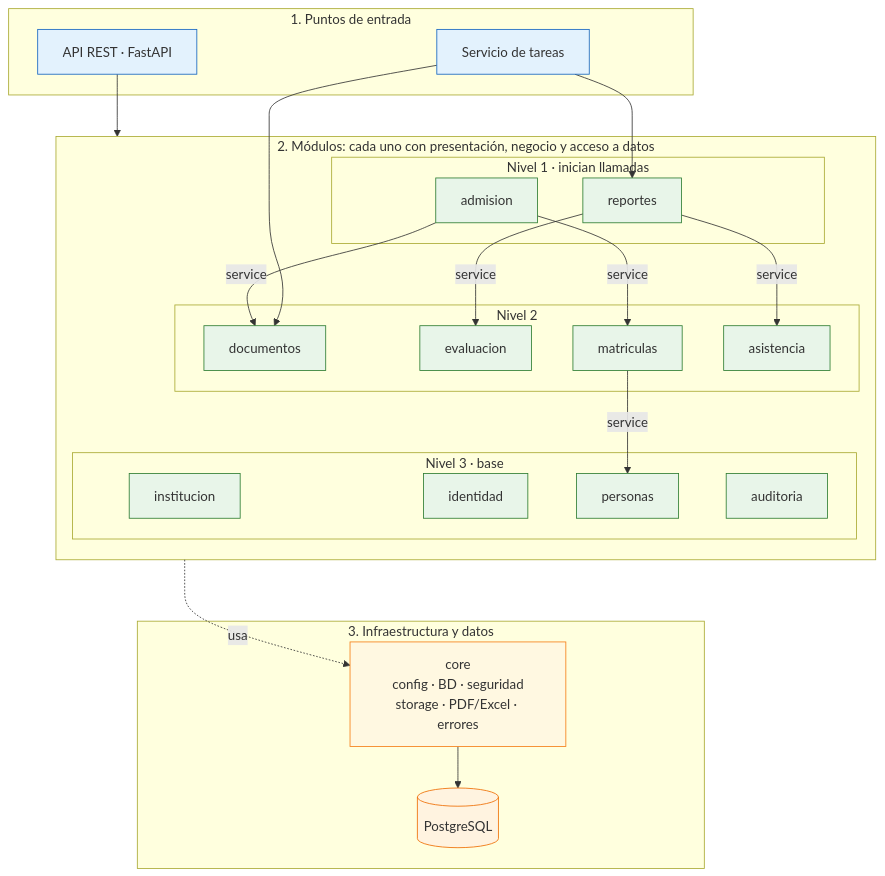
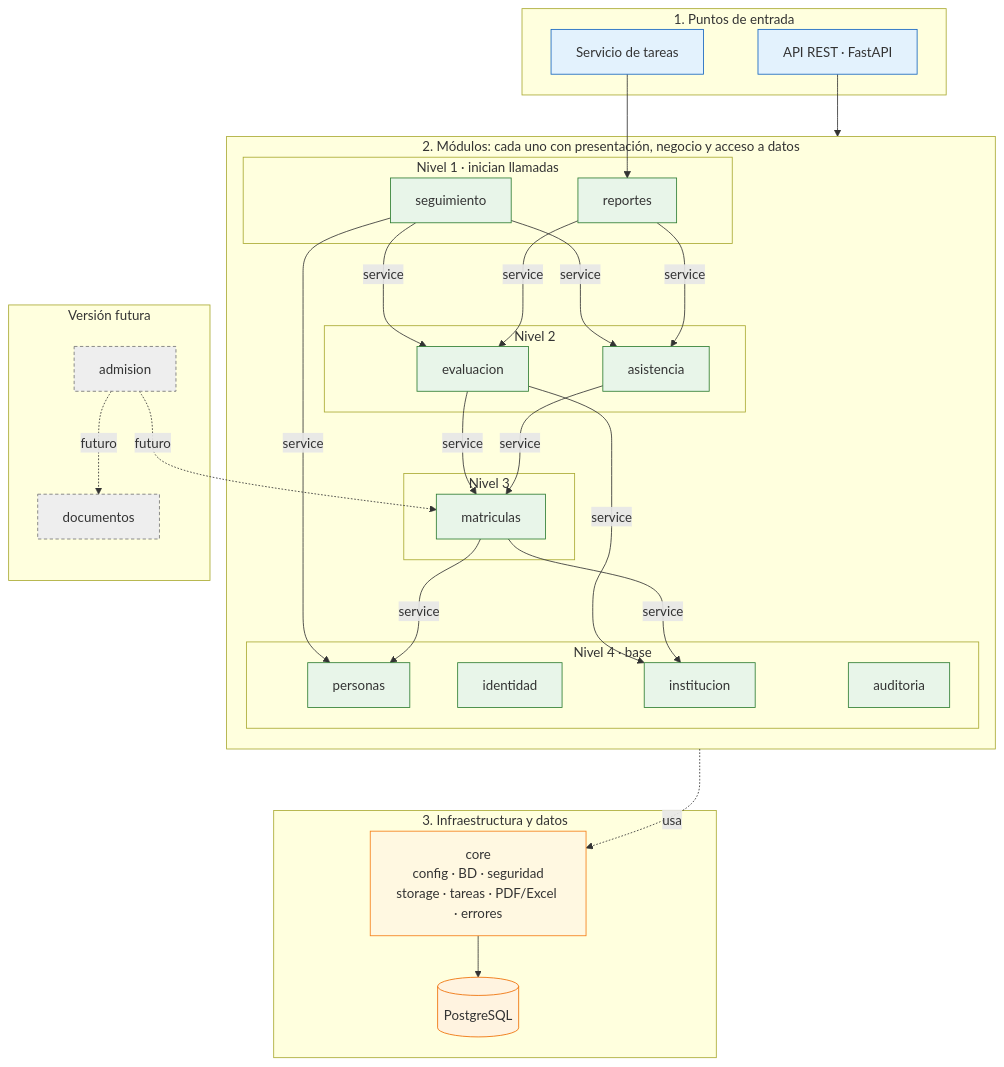
Before and after one commit to HafidJoss/PORTAL_DE_SERVICIOS_ESTUDIANTILES: the diagram in docs/02-arquitectura-software/arquitectura-inicial.md, drawn with Mermaid. The commit also changed other lines of this file and 2 other files, not shown here.

First line of the commit message:
docs(arquitectura): agregar el módulo seguimiento

````diff
--- a/docs/02-arquitectura-software/arquitectura-inicial.md
+++ b/docs/02-arquitectura-software/arquitectura-inicial.md
@@ -45,56 +49,69 @@
 ```mermaid
 flowchart TB
     subgraph ENT["1. Puntos de entrada"]
         API["API REST · FastAPI"]
         TK["Servicio de tareas"]
     end
 
     subgraph MOD["2. Módulos: cada uno con presentación, negocio y acceso a datos"]
         subgraph N1["Nivel 1 · inician llamadas"]
-            M_AD["admision"]
+            M_SE["seguimiento"]
             M_RE["reportes"]
         end
         subgraph N2["Nivel 2"]
-            M_DO["documentos"]
-            M_MA["matriculas"]
             M_EV["evaluacion"]
             M_AS["asistencia"]
         end
-        subgraph N3["Nivel 3 · base"]
+        subgraph N3["Nivel 3"]
+            M_MA["matriculas"]
+        end
+        subgraph N4["Nivel 4 · base"]
             M_IN["institucion"]
             M_PE["personas"]
             M_ID["identidad"]
             M_AU["auditoria"]
         end
     end
 
+    subgraph FUT["Versión futura"]
+        M_AD["admision"]
+        M_DO["documentos"]
+    end
+
     subgraph INF["3. Infraestructura y datos"]
-        CORE["core<br/>config · BD · seguridad<br/>storage · PDF/Excel · errores"]
+        CORE["core<br/>config · BD · seguridad<br/>storage · tareas · PDF/Excel · errores"]
         DB[("PostgreSQL")]
     end
 
     API --> MOD
     TK --> M_RE
-    TK --> M_DO
-    M_AD -->|service| M_DO
-    M_AD -->|service| M_MA
-    M_MA -->|service| M_PE
+    M_SE -->|service| M_EV
+    M_SE -->|service| M_AS
+    M_SE -->|service| M_PE
     M_RE -->|service| M_EV
     M_RE -->|service| M_AS
-    M_DO ~~~ M_IN
+    M_EV -->|service| M_MA
+    M_EV -->|service| M_IN
+    M_AS -->|service| M_MA
+    M_MA -->|service| M_PE
+    M_MA -->|service| M_IN
+    M_AD -.->|futuro| M_MA
+    M_AD -.->|futuro| M_DO
     M_EV ~~~ M_ID
     M_AS ~~~ M_AU
     M_PE ~~~ CORE
     M_ID ~~~ CORE
     MOD -.->|usa| CORE
     CORE --> DB
 
     classDef cEnt fill:#e3f2fd,stroke:#1565c0
     classDef cMod fill:#e8f5e9,stroke:#2e7d32
+    classDef cFut fill:#eeeeee,stroke:#757575,stroke-dasharray:4 3
     classDef cShared fill:#fff8e1,stroke:#f57f17
     classDef cData fill:#fff3e0,stroke:#ef6c00
     class API,TK cEnt
-    class M_ID,M_IN,M_PE,M_MA,M_AD,M_DO,M_EV,M_AS,M_RE,M_AU cMod
+    class M_SE,M_RE,M_EV,M_AS,M_MA,M_IN,M_PE,M_ID,M_AU cMod
+    class M_AD,M_DO cFut
     class CORE cShared
     class DB cData
 ```
````
